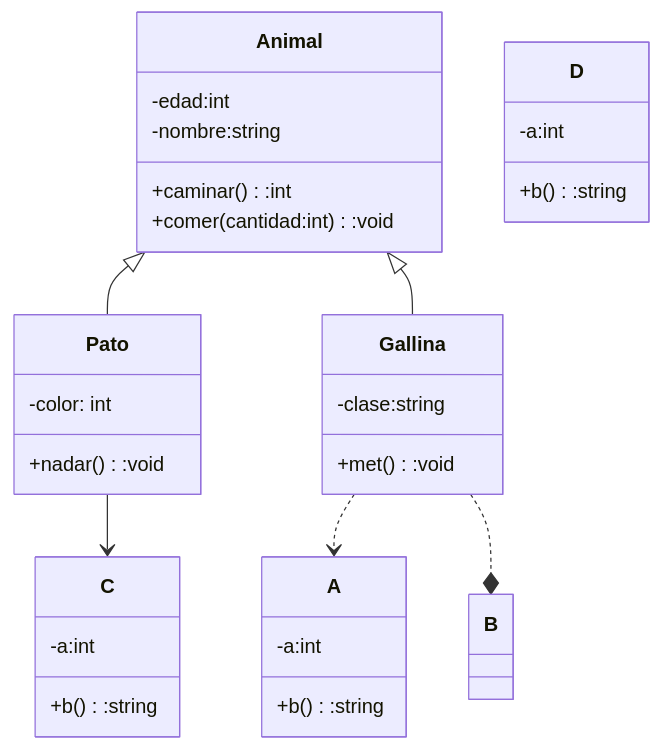
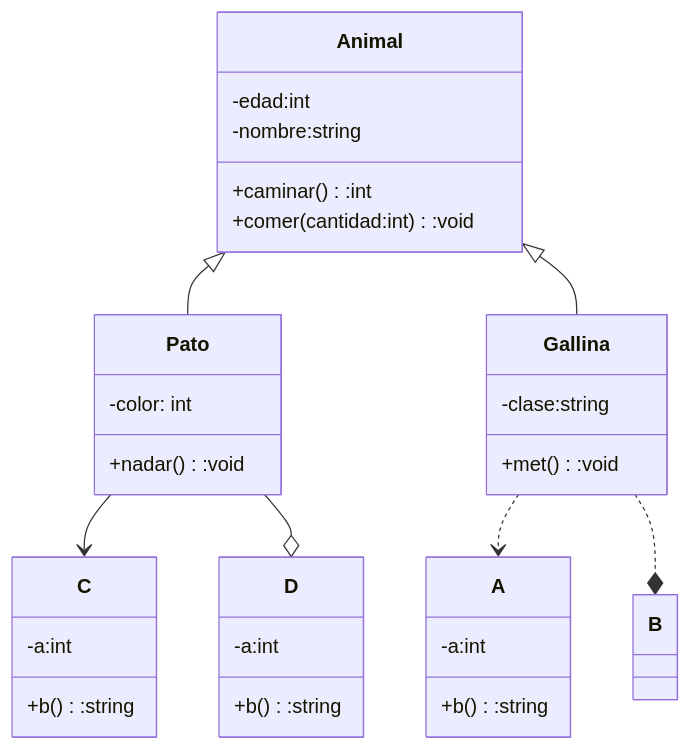
Before and after one commit to ealejor/PERSISTENCIA-JAVA: the diagram in README.md, drawn with Mermaid.

````diff
--- a/README.md
+++ b/README.md
@@ -4,39 +4,40 @@
 ```mermaid
 classDiagram
     class Animal{
         -edad:int
         -nombre:string
         +caminar():int
         +comer(cantidad:int):void
     }
     
     class Pato{
         -color: int
         +nadar():void
     }
     
     class Gallina{
         -clase:string
         +met():void
     }
     
     class A{
         -a:int
         +b():string
     }
 
     class C{
         -a:int
         +b():string
     }
     class D{
         -a:int
         +b():string
     }
 
     Animal <|-- Pato
     Animal <|-- Gallina
     Gallina ..> A
     Gallina ..* B
     Pato --> C
+    Pato --o D
 ```
````
